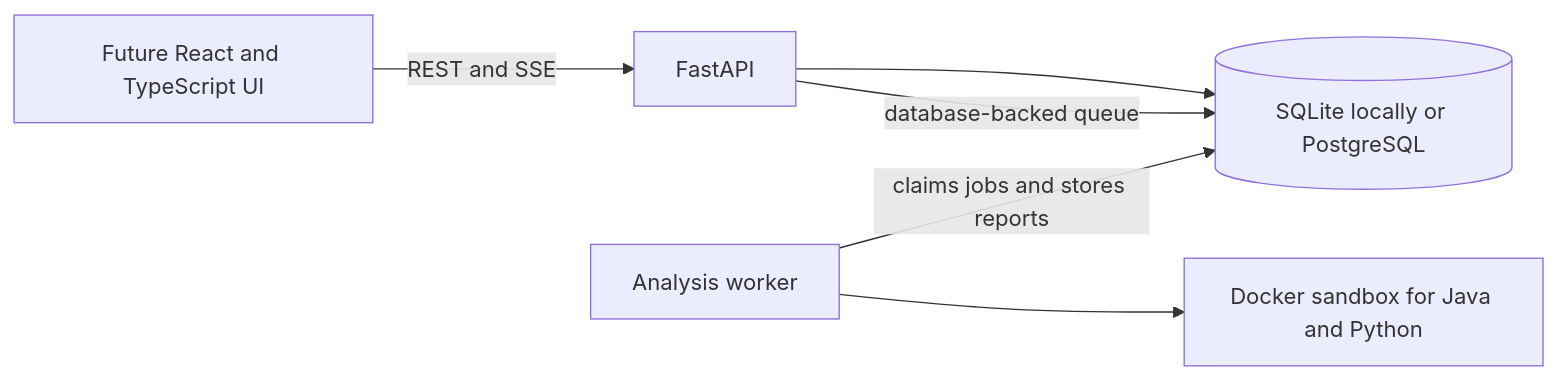
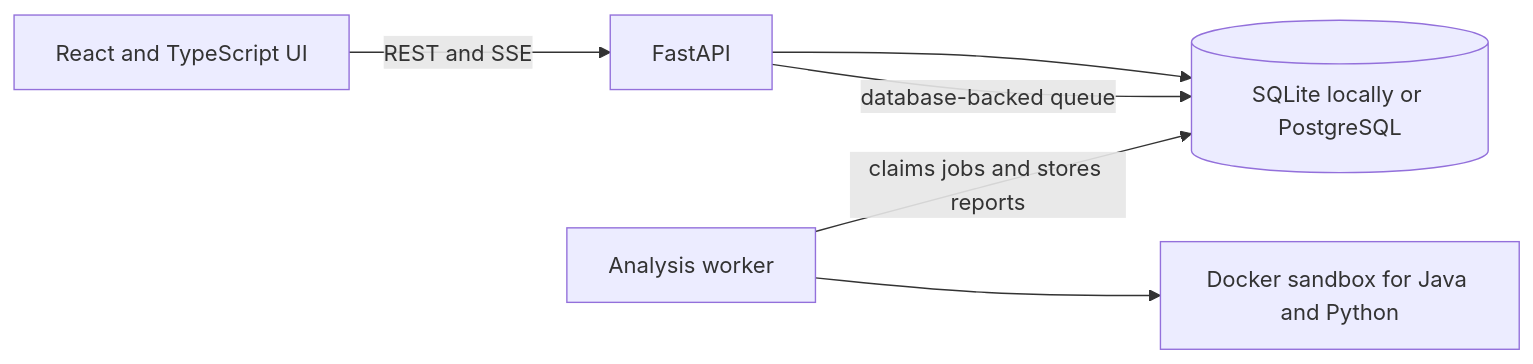
One commit to abhinavvgoell/axioma_v2 changed the diagram in README.md. Above: the diagram before and after it, drawn with Mermaid. The commit also changed other lines of this file and 55 other files, not shown here.

````diff
--- a/README.md
+++ b/README.md
@@ -9,8 +9,8 @@
 ```mermaid
 flowchart LR
-  UI[Future React and TypeScript UI] -->|REST and SSE| API[FastAPI]
+  UI[React and TypeScript UI] -->|REST and SSE| API[FastAPI]
   API --> DB[(SQLite locally or PostgreSQL)]
   API -->|database-backed queue| DB
   Worker[Analysis worker] -->|claims jobs and stores reports| DB
   Worker --> Sandbox[Docker sandbox for Java and Python]
 ```
````
